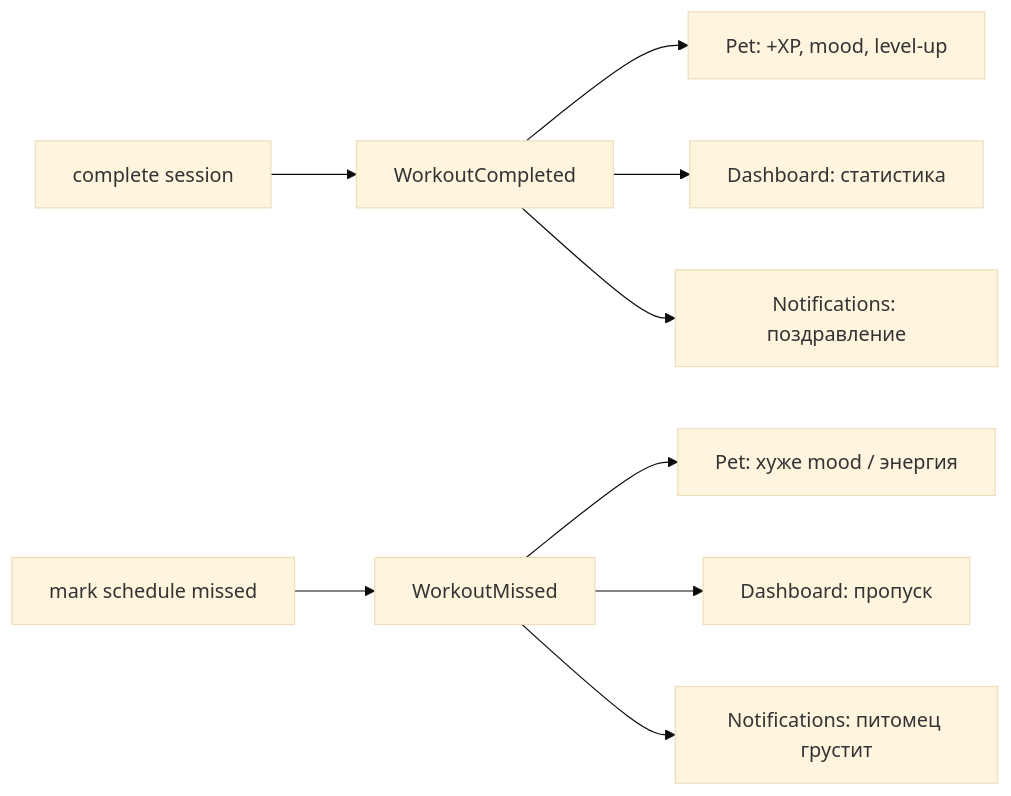
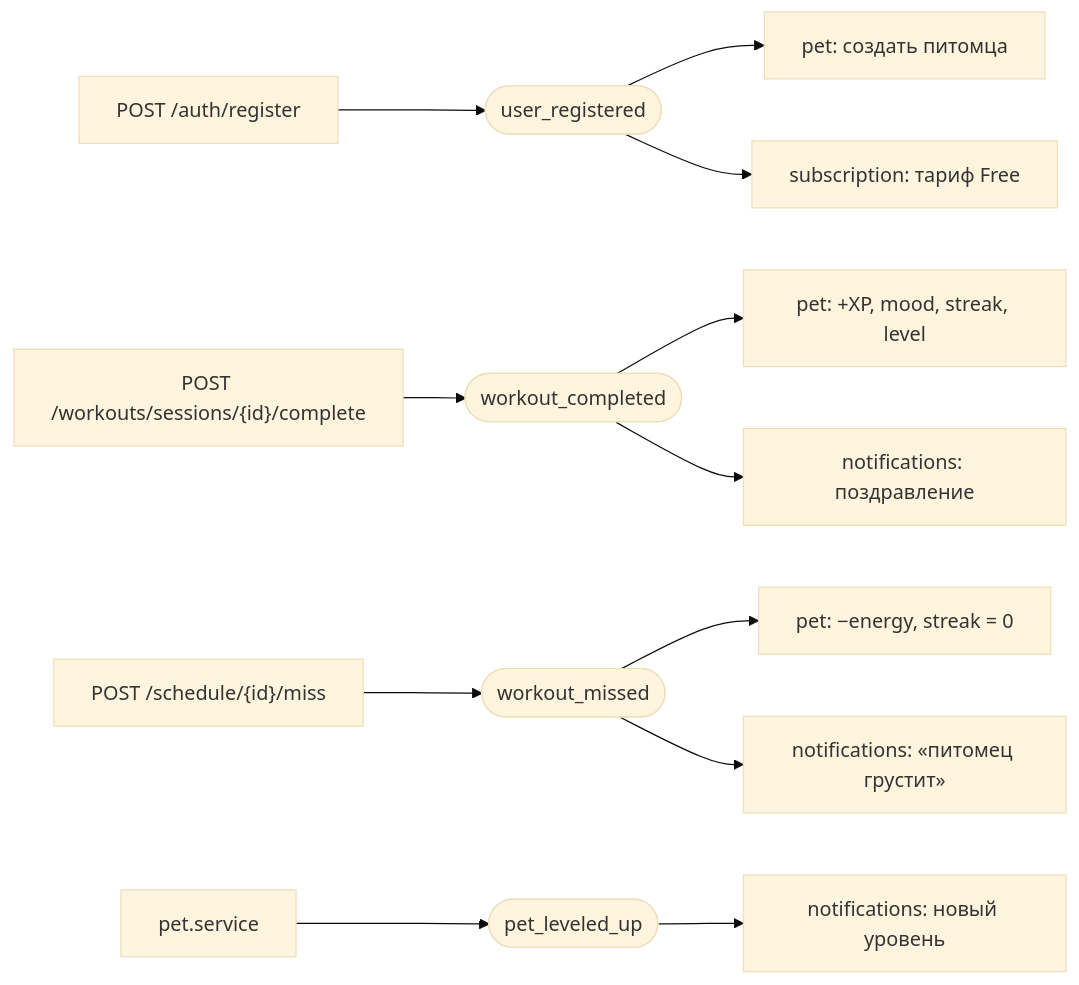
Before and after one commit to SonyAkb/FitnessApp: the second of 6 diagrams in docs/ARCHITECTURE.md, drawn with Mermaid (base theme). The commit also changed other lines of this file and 4 other files, not shown here.

Commit message:
docs(architecture): описание архитектуры, UML-схема компонентов и схема БД

````diff
--- a/docs/ARCHITECTURE.md
+++ b/docs/ARCHITECTURE.md
@@ -107,13 +100,15 @@
 ```mermaid
 flowchart LR
-  Complete["complete session"] --> WC["WorkoutCompleted"]
-  Miss["mark schedule missed"] --> WM["WorkoutMissed"]
+  Reg["POST /auth/register"] --> UR(["user_registered"])
+  Complete["POST /workouts/sessions/{id}/complete"] --> WC(["workout_completed"])
+  Miss["POST /schedule/{id}/miss"] --> WM(["workout_missed"])
+  PetSvc["pet.service"] --> LU(["pet_leveled_up"])
 
-  WC --> Pet["Pet: +XP, mood, level-up"]
-  WC --> Dash["Dashboard: статистика"]
-  WC --> N1["Notifications: поздравление"]
-
-  WM --> Pet2["Pet: хуже mood / энергия"]
-  WM --> Dash2["Dashboard: пропуск"]
-  WM --> N2["Notifications: питомец грустит"]
+  UR --> P1["pet: создать питомца"]
+  UR --> S1["subscription: тариф Free"]
+  WC --> P2["pet: +XP, mood, streak, level"]
+  WC --> N1["notifications: поздравление"]
+  WM --> P3["pet: −energy, streak = 0"]
+  WM --> N2["notifications: «питомец грустит»"]
+  LU --> N3["notifications: новый уровень"]
 ```
````
